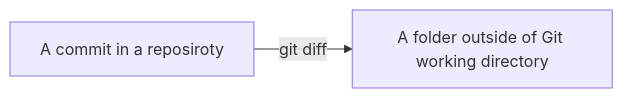
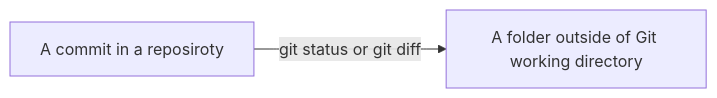
Before and after one commit to Takakiriy/new-commit: the first of 6 diagrams in README.md, drawn with Mermaid. The commit also changed other lines of this file and 5 other files, not shown here.

````diff
--- a/README.md
+++ b/README.md
@@ -10,4 +10,4 @@
 ```mermaid
 graph LR;
-    s[ A commit in a reposiroty ] -- git diff --> d[ A folder outside of Git working directory ];
+    s[ A commit in a reposiroty ] -- git status or git diff --> d[ A folder outside of Git working directory ];
 ```
````
